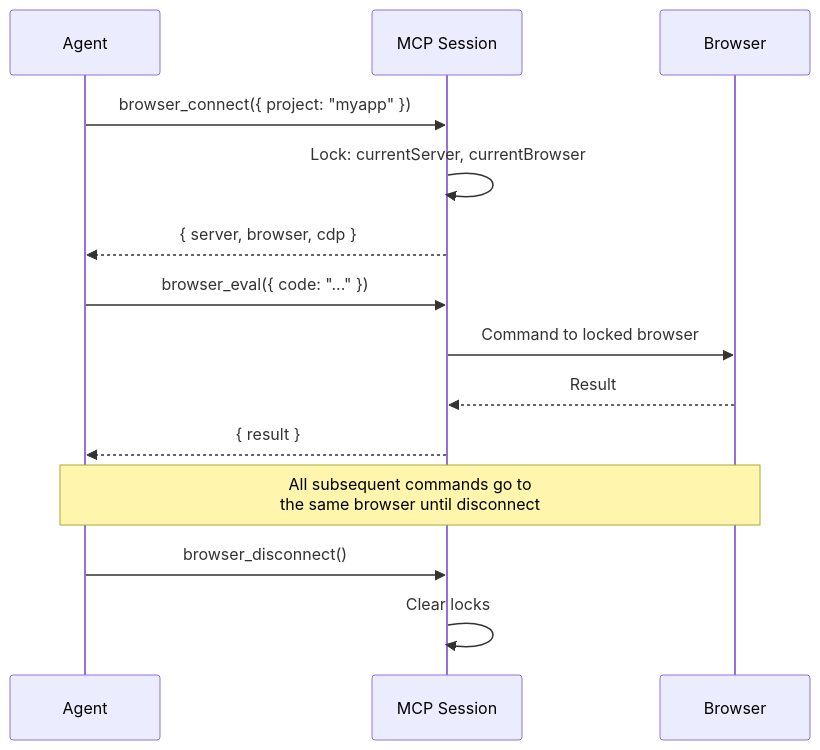
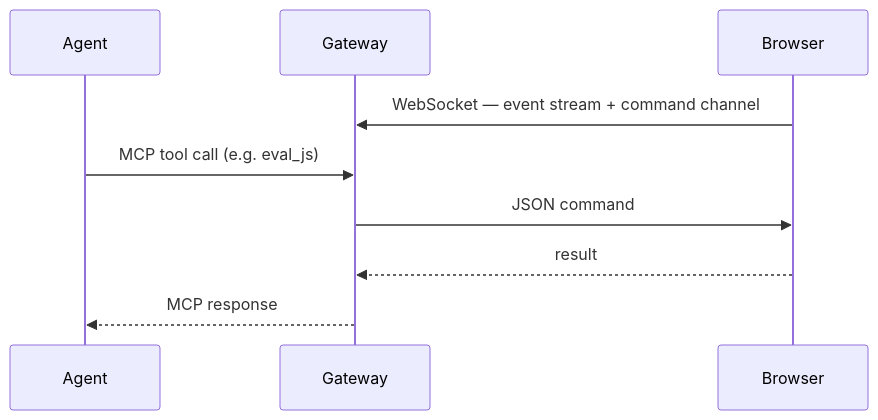
The second of 2 diagrams in docs/architecture.md (WinstonFassett/webdev-ai), drawn with Mermaid before and after one commit. The commit also changed other lines of this file and 5 other files, not shown here.

````diff
--- a/docs/architecture.md
+++ b/docs/architecture.md
@@ -278,20 +36,12 @@
 ```mermaid
 sequenceDiagram
     participant Agent
-    participant MCP as MCP Session
+    participant Gateway
     participant Browser
 
-    Agent->>MCP: browser_connect({ project: "myapp" })
-    MCP->>MCP: Lock: currentServer, currentBrowser
-    MCP-->>Agent: { server, browser, cdp }
-
-    Agent->>MCP: browser_eval({ code: "..." })
-    MCP->>Browser: Command to locked browser
-    Browser-->>MCP: Result
-    MCP-->>Agent: { result }
-
-    Note over Agent,Browser: All subsequent commands go to<br/>the same browser until disconnect
-
-    Agent->>MCP: browser_disconnect()
-    MCP->>MCP: Clear locks
+    Browser->>Gateway: WebSocket — event stream + command channel
+    Agent->>Gateway: MCP tool call (e.g. eval_js)
+    Gateway->>Browser: JSON command
+    Browser-->>Gateway: result
+    Gateway-->>Agent: MCP response
 ```
````
